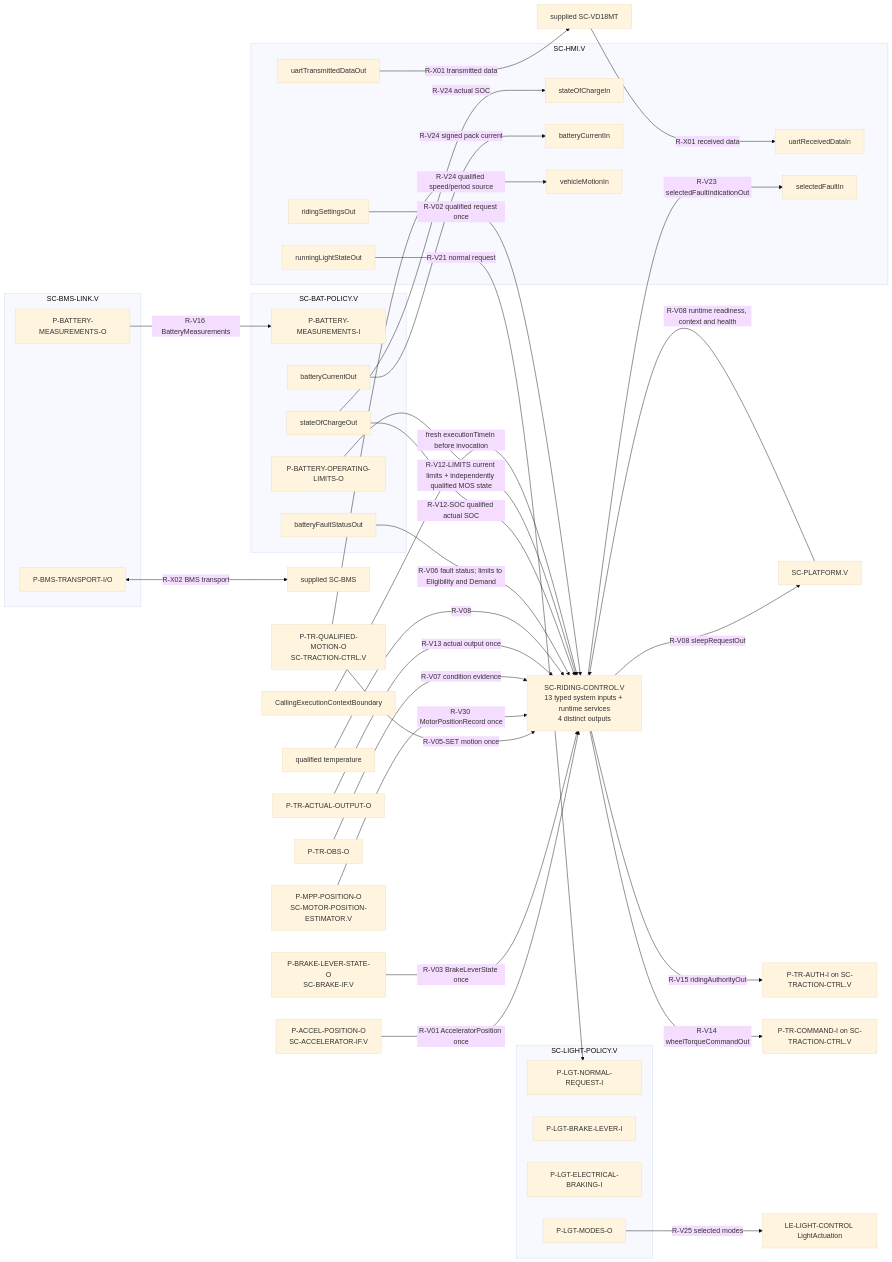
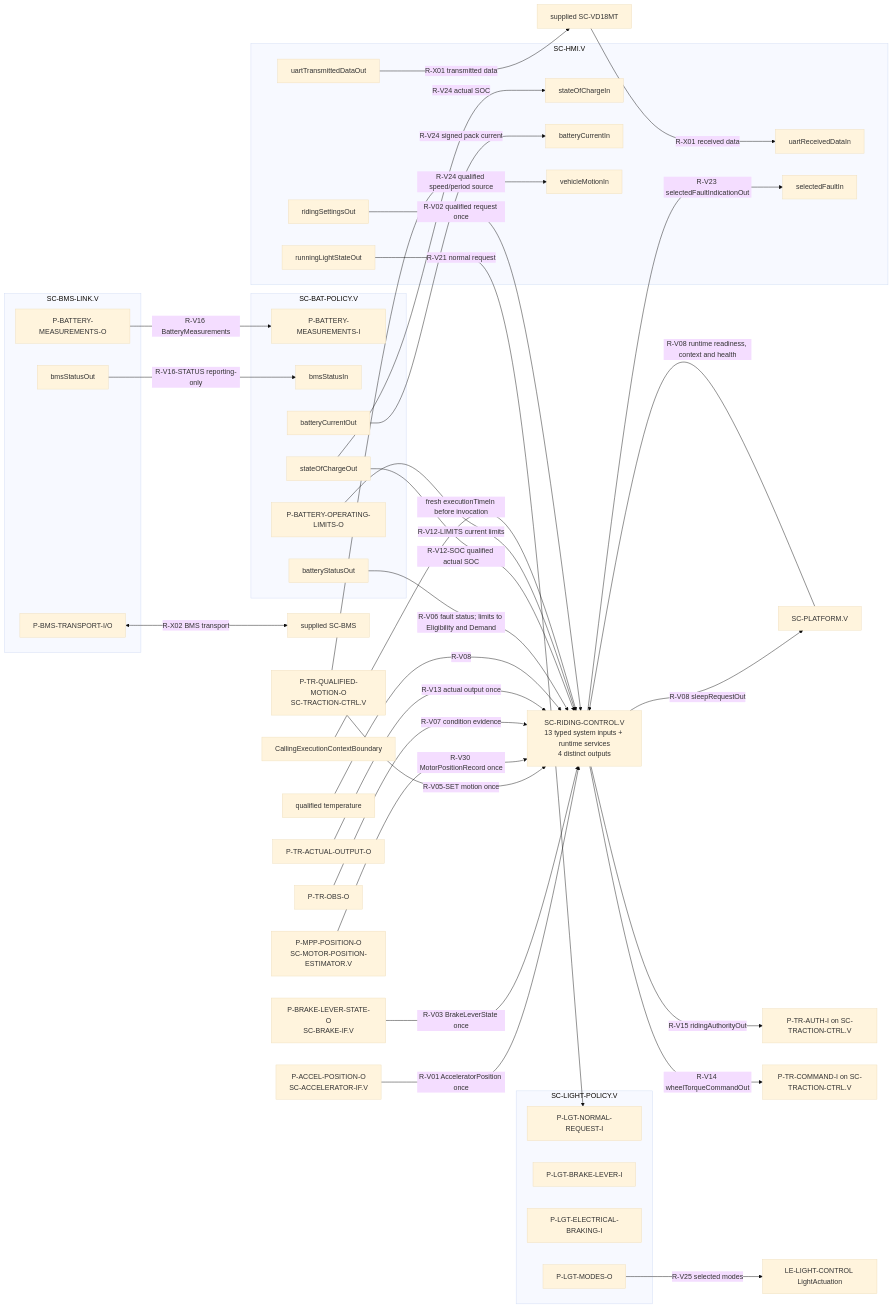
Before and after one commit to dhellhake/X2CityMCU: the second of 4 diagrams in .devenv/Architecture/SoftwareArchitecture/ARCH-003_Software_Architecture.md, drawn with Mermaid (base theme). The commit also changed other lines of this file and 36 other files, not shown here.

````diff
--- a/.devenv/Architecture/SoftwareArchitecture/ARCH-003_Software_Architecture.md
+++ b/.devenv/Architecture/SoftwareArchitecture/ARCH-003_Software_Architecture.md
@@ -223,63 +225,66 @@
 ```mermaid
 flowchart LR
     subgraph HMI[SC-HMI.V]
         HRX[uartReceivedDataIn]
         HTX[uartTransmittedDataOut]
         HSE[ridingSettingsOut]
         HLI[runningLightStateOut]
         HFI[selectedFaultIn]
         HSI[stateOfChargeIn]
         HCI[batteryCurrentIn]
         HMI_MOTION[vehicleMotionIn]
     end
     RC[SC-RIDING-CONTROL.V
 13 typed system inputs + runtime services
 4 distinct outputs]
     subgraph BMS[SC-BMS-LINK.V]
         BTI[P-BMS-TRANSPORT-I/O]
         BTO[P-BATTERY-MEASUREMENTS-O]
+        BDS[bmsStatusOut]
     end
     subgraph BAT[SC-BAT-POLICY.V]
         BFI[P-BATTERY-MEASUREMENTS-I]
-        BRO[batteryFaultStatusOut]
+        BDI[bmsStatusIn]
+        BRO[batteryStatusOut]
         BEO[P-BATTERY-OPERATING-LIMITS-O]
         BSO[stateOfChargeOut]
         BCO[batteryCurrentOut]
     end
     subgraph LGT[SC-LIGHT-POLICY.V]
         LNR[P-LGT-NORMAL-REQUEST-I]
         LBI[P-LGT-BRAKE-LEVER-I]
         LEBI[P-LGT-ELECTRICAL-BRAKING-I]
         LMO[P-LGT-MODES-O]
     end
     VD[supplied SC-VD18MT] -->|R-X01 received data| HRX
     HTX -->|R-X01 transmitted data| VD
     AIP[P-ACCEL-POSITION-O
 SC-ACCELERATOR-IF.V] -->|R-V01 AcceleratorPosition once| RC
     BSOI[P-BRAKE-LEVER-STATE-O
 SC-BRAKE-IF.V] -->|R-V03 BrakeLeverState once| RC
     HSE -->|R-V02 qualified request once| RC
     TMO[P-TR-QUALIFIED-MOTION-O
 SC-TRACTION-CTRL.V] -->|R-V05-SET motion once| RC
     MPO[P-MPP-POSITION-O
 SC-MOTOR-POSITION-ESTIMATOR.V] -->|R-V30 MotorPositionRecord once| RC
     TOB[P-TR-OBS-O] -->|R-V07 condition evidence| RC
     TAO[P-TR-ACTUAL-OUTPUT-O] -->|R-V13 actual output once| RC
     QTI[qualified temperature] -->|R-V08| RC
     BRO -->|R-V06 fault status; limits to Eligibility and Demand| RC
     BSO -->|R-V12-SOC qualified actual SOC| RC
-    BEO -->|R-V12-LIMITS current limits + independently qualified MOS state| RC
+    BEO -->|R-V12-LIMITS current limits| RC
+    BDS -->|R-V16-STATUS reporting-only| BDI
     PLT[SC-PLATFORM.V] -->|R-V08 runtime readiness, context and health| RC
     CALL[CallingExecutionContextBoundary] -->|fresh executionTimeIn before invocation| RC
     RC -->|R-V15 ridingAuthorityOut| TAI[P-TR-AUTH-I on SC-TRACTION-CTRL.V]
     RC -->|R-V14 wheelTorqueCommandOut| TCI[P-TR-COMMAND-I on SC-TRACTION-CTRL.V]
     RC -->|R-V23 selectedFaultIndicationOut| HFI
     RC -->|R-V08 sleepRequestOut| PLT
     BTI <-->|R-X02 BMS transport| SB[supplied SC-BMS]
     BTO -->|R-V16 BatteryMeasurements| BFI
     HLI -->|R-V21 normal request| LNR
     BSO -->|R-V24 actual SOC| HSI
     BCO -->|R-V24 signed pack current| HCI
     TMO -->|R-V24 qualified speed/period source| HMI_MOTION
     LMO -->|R-V25 selected modes| AUX[LE-LIGHT-CONTROL LightActuation]
 ```
````
